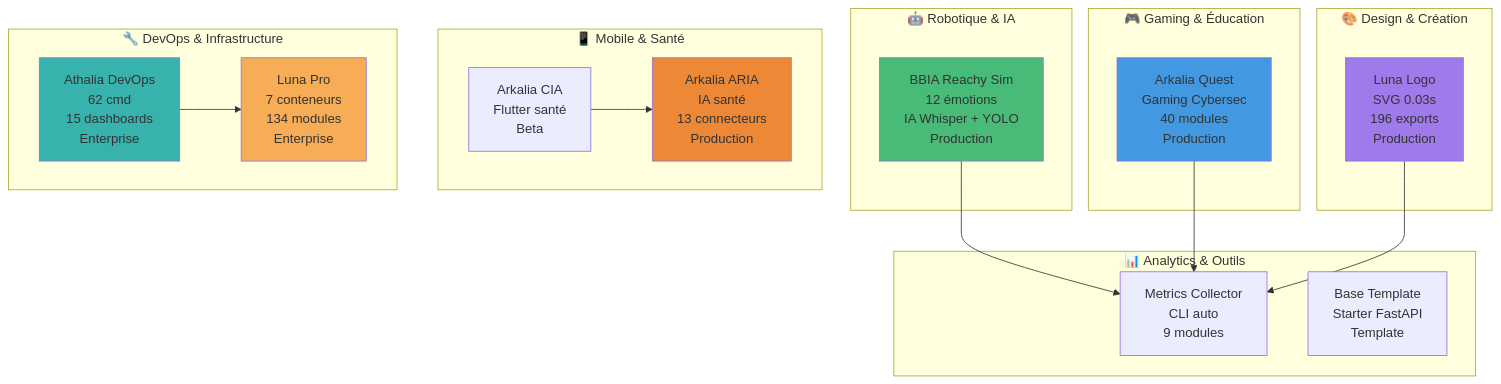
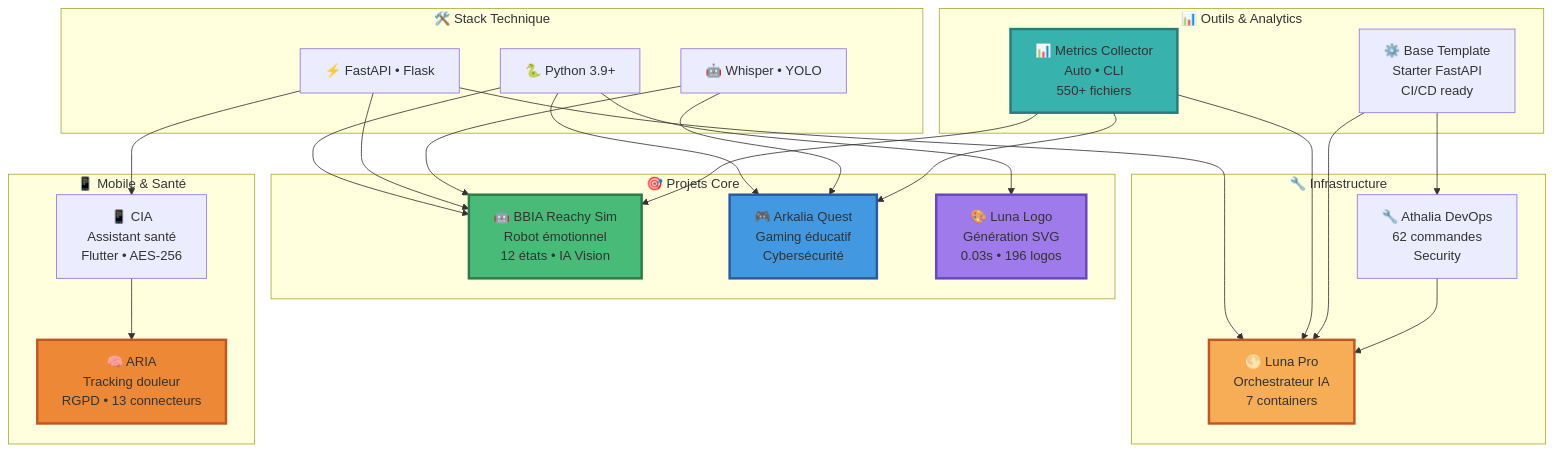
Before and after one commit to arkalia-luna-system/arkalia-luna-system: the first of 2 diagrams in README.md, drawn with Mermaid. The commit also changed other lines of this file, not shown here.

First line of the commit message:
perf(profile): optimiser diagrammes Mermaid

````diff
--- a/README.md
+++ b/README.md
@@ -254,42 +205,57 @@
 ```mermaid
-graph TB
-    subgraph "🤖 Robotique & IA"
-        BBIA[BBIA Reachy Sim<br/>12 émotions<br/>IA Whisper + YOLO<br/>Production]
+flowchart TB
+    subgraph stack["🛠️ Stack Technique"]
+        PYTHON["🐍 Python 3.9+"]
+        APIS["⚡ FastAPI • Flask"]
+        AI["🤖 Whisper • YOLO"]
     end
     
-    subgraph "🎮 Gaming & Éducation"
-        Quest[Arkalia Quest<br/>Gaming Cybersec<br/>40 modules<br/>Production]
+    subgraph core["🎯 Projets Core"]
+        BBIA["🤖 BBIA Reachy Sim<br/>Robot émotionnel<br/>12 états • IA Vision"]
+        QUEST["🎮 Arkalia Quest<br/>Gaming éducatif<br/>Cybersécurité"]
+        LOGO["🎨 Luna Logo<br/>Génération SVG<br/>0.03s • 196 logos"]
     end
     
-    subgraph "🎨 Design & Création"
-        Logo[Luna Logo<br/>SVG 0.03s<br/>196 exports<br/>Production]
+    subgraph infra["🔧 Infrastructure"]
+        ATHALIA["🔧 Athalia DevOps<br/>62 commandes<br/>Security"]
+        LUNA["🌕 Luna Pro<br/>Orchestrateur IA<br/>7 containers"]
     end
     
-    subgraph "📱 Mobile & Santé"
-        CIA[Arkalia CIA<br/>Flutter santé<br/>Beta]
-        ARIA[Arkalia ARIA<br/>IA santé<br/>13 connecteurs<br/>Production]
+    subgraph mobile["📱 Mobile & Santé"]
+        CIA["📱 CIA<br/>Assistant santé<br/>Flutter • AES-256"]
+        ARIA["🧠 ARIA<br/>Tracking douleur<br/>RGPD • 13 connecteurs"]
     end
     
-    subgraph "🔧 DevOps & Infrastructure"
-        Athalia[Athalia DevOps<br/>62 cmd<br/>15 dashboards<br/>Enterprise]
-        Luna[Luna Pro<br/>7 conteneurs<br/>134 modules<br/>Enterprise]
+    subgraph utils["📊 Outils & Analytics"]
+        METRICS["📊 Metrics Collector<br/>Auto • CLI<br/>550+ fichiers"]
+        TEMPLATE["⚙️ Base Template<br/>Starter FastAPI<br/>CI/CD ready"]
     end
     
-    subgraph "📊 Analytics & Outils"
-        Metrics[Metrics Collector<br/>CLI auto<br/>9 modules]
-        Template[Base Template<br/>Starter FastAPI<br/>Template]
-    end
+    PYTHON --> BBIA
+    PYTHON --> QUEST
+    PYTHON --> LOGO
     
-    BBIA --> Metrics
-    Quest --> Metrics
-    Logo --> Metrics
-    Athalia --> Luna
+    APIS --> BBIA
+    APIS --> LUNA
+    APIS --> CIA
+    
+    AI --> BBIA
+    AI --> QUEST
+    
+    METRICS --> BBIA
+    METRICS --> QUEST
+    METRICS --> LUNA
+    
+    TEMPLATE --> ATHALIA
+    TEMPLATE --> LUNA
+    
+    ATHALIA --> LUNA
     CIA --> ARIA
     
-    style BBIA fill:#48bb78
-    style Quest fill:#4299e1
-    style Logo fill:#9f7aea
-    style ARIA fill:#ed8936
-    style Athalia fill:#38b2ac
-    style Luna fill:#f6ad55
+    style BBIA fill:#48bb78,stroke:#2d7a4d,stroke-width:3px
+    style QUEST fill:#4299e1,stroke:#2c5aa0,stroke-width:3px
+    style LOGO fill:#9f7aea,stroke:#6b46c1,stroke-width:3px
+    style LUNA fill:#f6ad55,stroke:#c05621,stroke-width:3px
+    style ARIA fill:#ed8936,stroke:#c05621,stroke-width:3px
+    style METRICS fill:#38b2ac,stroke:#2c7a7b,stroke-width:3px
 ```
````
